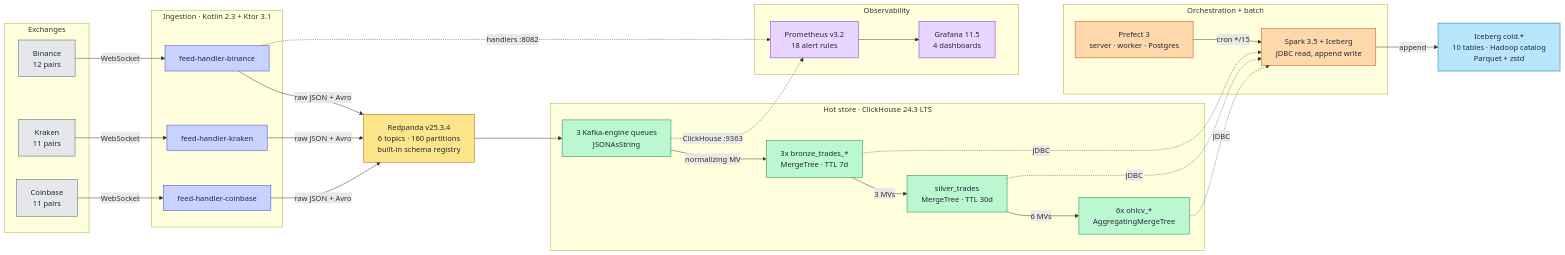
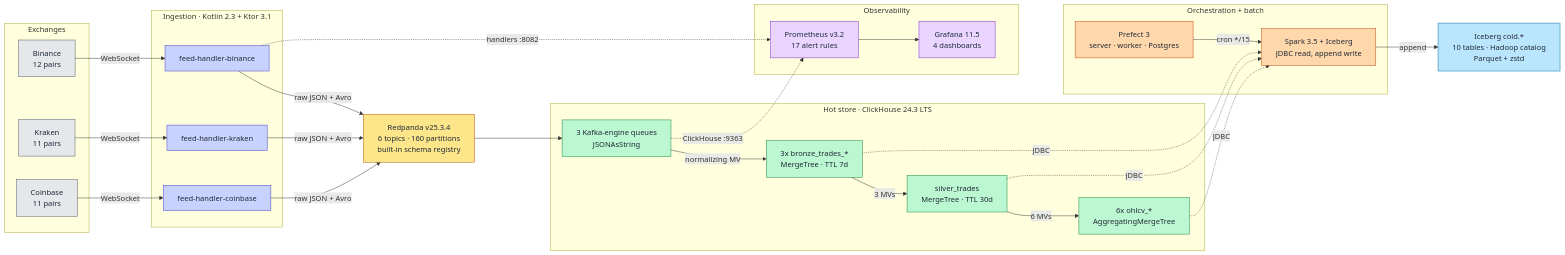
One commit to rjdscott/k2-market-data-platform changed the first of 2 diagrams in docs/architecture/README.md. Above: the diagram before and after it, drawn with Mermaid. The commit also changed other lines of this file and 78 other files, not shown here.

````diff
--- a/docs/architecture/README.md
+++ b/docs/architecture/README.md
@@ -11,70 +11,70 @@
 ```mermaid
 flowchart LR
     subgraph EX["Exchanges"]
         BIN["Binance<br/>12 pairs"]
         KRK["Kraken<br/>11 pairs"]
         CBS["Coinbase<br/>11 pairs"]
     end
 
     subgraph FH["Ingestion · Kotlin 2.3 + Ktor 3.1"]
         FHB["feed-handler-binance"]
         FHK["feed-handler-kraken"]
         FHC["feed-handler-coinbase"]
     end
 
     RP["Redpanda v25.3.4<br/>6 topics · 160 partitions<br/>built-in schema registry"]
 
     subgraph CH["Hot store · ClickHouse 24.3 LTS"]
         Q["3 Kafka-engine queues<br/>JSONAsString"]
         BR["3x bronze_trades_*<br/>MergeTree · TTL 7d"]
         SI["silver_trades<br/>MergeTree · TTL 30d"]
         GO["6x ohlcv_*<br/>AggregatingMergeTree"]
     end
 
     subgraph BATCH["Orchestration + batch"]
         PF["Prefect 3<br/>server · worker · Postgres"]
         SP["Spark 3.5 + Iceberg<br/>JDBC read, append write"]
     end
 
     ICE["Iceberg cold.*<br/>10 tables · Hadoop catalog<br/>Parquet + zstd"]
 
     subgraph OBS["Observability"]
-        PR["Prometheus v3.2<br/>18 alert rules"]
+        PR["Prometheus v3.2<br/>17 alert rules"]
         GR["Grafana 11.5<br/>4 dashboards"]
     end
 
     BIN -->|WebSocket| FHB
     KRK -->|WebSocket| FHK
     CBS -->|WebSocket| FHC
     FHB -->|"raw JSON + Avro"| RP
     FHK -->|"raw JSON + Avro"| RP
     FHC -->|"raw JSON + Avro"| RP
     RP --> Q
     Q -->|normalizing MV| BR
     BR -->|"3 MVs"| SI
     SI -->|"6 MVs"| GO
     PF -->|"cron */15"| SP
     BR -.->|JDBC| SP
     SI -.->|JDBC| SP
     GO -.->|JDBC| SP
     SP -->|append| ICE
     FHB -.->|"handlers :8082"| PR
     Q -.->|"ClickHouse :9363"| PR
     PR --> GR
 
     classDef exchange fill:#e5e7eb,stroke:#4b5563,color:#1f2937
     classDef kotlin fill:#c7d2fe,stroke:#4338ca,color:#1f2937
     classDef stream fill:#fde68a,stroke:#b45309,color:#1f2937
     classDef ch fill:#bbf7d0,stroke:#15803d,color:#1f2937
     classDef batch fill:#fed7aa,stroke:#c2410c,color:#1f2937
     classDef storage fill:#bae6fd,stroke:#0369a1,color:#1f2937
     classDef obs fill:#e9d5ff,stroke:#7e22ce,color:#1f2937
 
     class BIN,KRK,CBS exchange
     class FHB,FHK,FHC kotlin
     class RP stream
     class Q,BR,SI,GO ch
     class PF,SP batch
     class ICE storage
     class PR,GR obs
 ```
````
